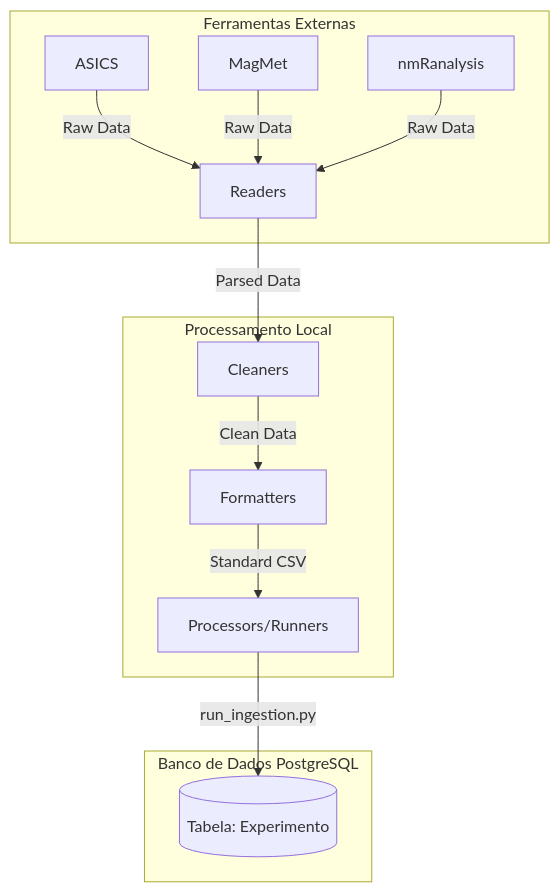
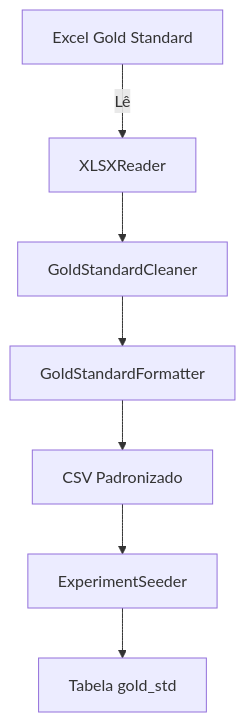
One commit to tiago-rods/NMR-data-analysis changed the first of 4 diagrams in README.md. Above: the diagram before and after it, drawn with Mermaid. The commit also changed other lines of this file, not shown here.

````diff
--- a/README.md
+++ b/README.md
@@ -22,18 +19,9 @@
 ```mermaid
 flowchart TD
-    subgraph Ferramentas Externas
-        A[ASICS] -->|Raw Data| D[Readers]
-        B[MagMet] -->|Raw Data| D
-        C[nmRanalysis] -->|Raw Data| D
-    end
-
-    subgraph Processamento Local
-        D -->|Parsed Data| E[Cleaners]
-        E -->|Clean Data| F[Formatters]
-        F -->|Standard CSV| G[Processors/Runners]
-    end
-
-    subgraph Banco de Dados PostgreSQL
-        G -->|run_ingestion.py| H[(Tabela: Experimento)]
-    end
-```
+    A[Excel Gold Standard] -->|Lê| B[XLSXReader]
+    B --> C[GoldStandardCleaner]
+    C --> D[GoldStandardFormatter]
+    D --> E[CSV Padronizado]
+    E --> F[ExperimentSeeder]
+    F --> G[Tabela gold_std]
+``` 
````
